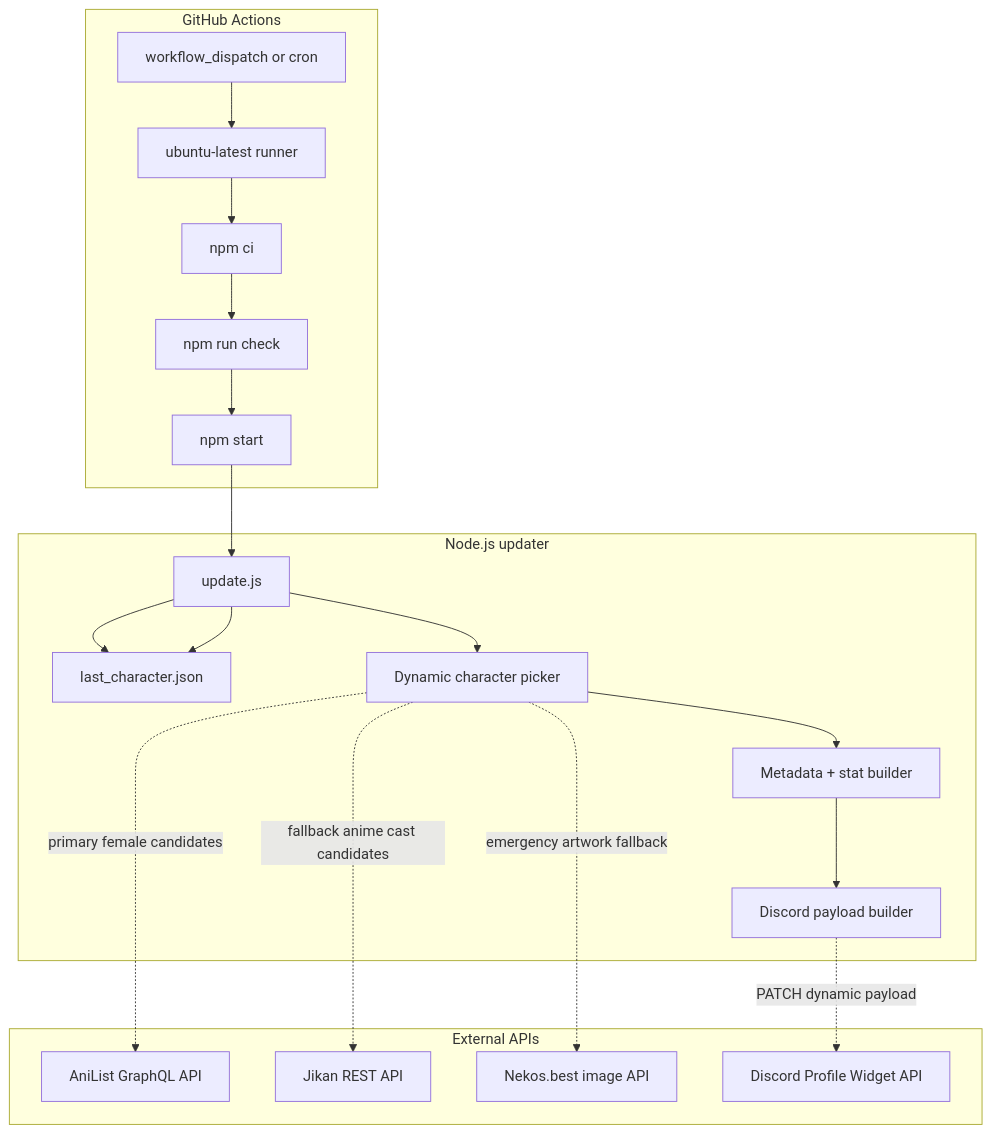
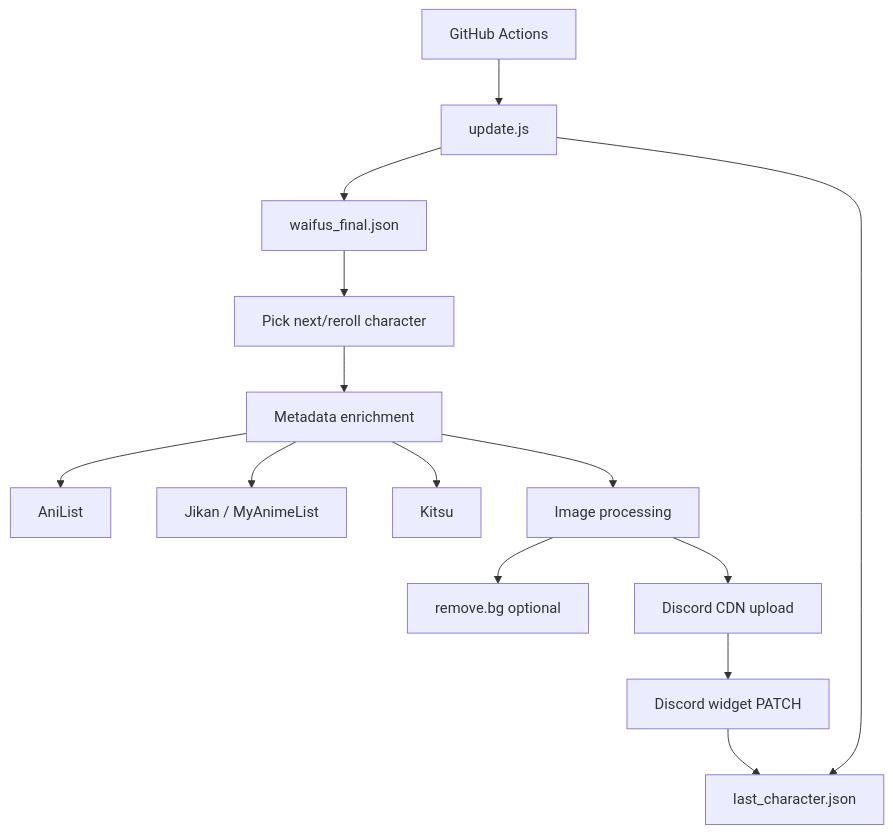
Before and after one commit to MeYashverma/discord-waifu-widget: the diagram in docs/ARCHITECTURE.md, drawn with Mermaid. The commit also changed other lines of this file, not shown here.

First line of the commit message:
Update architecture documentation for hybrid design

````diff
--- a/docs/ARCHITECTURE.md
+++ b/docs/ARCHITECTURE.md
@@ -9,36 +5,16 @@
 ```mermaid
 flowchart TB
-    subgraph GitHub[GitHub Actions]
-        TRIGGER[workflow_dispatch or cron]
-        RUNNER[ubuntu-latest runner]
-        INSTALL[npm ci]
-        CHECK[npm run check]
-        START[npm start]
-    end
-
-    subgraph App[Node.js updater]
-        SCRIPT[update.js]
-        MEMORY[last_character.json]
-        PICK[Dynamic character picker]
-        META[Metadata + stat builder]
-        PAYLOAD[Discord payload builder]
-    end
-
-    subgraph APIs[External APIs]
-        ANILIST[AniList GraphQL API]
-        JIKAN[Jikan REST API]
-        NEKOS[Nekos.best image API]
-        DISCORD[Discord Profile Widget API]
-    end
-
-    TRIGGER --> RUNNER --> INSTALL --> CHECK --> START
-    START --> SCRIPT
-    SCRIPT --> MEMORY
-    SCRIPT --> PICK
-    PICK -. primary female candidates .-> ANILIST
-    PICK -. fallback anime cast candidates .-> JIKAN
-    PICK -. emergency artwork fallback .-> NEKOS
-    PICK --> META --> PAYLOAD
-    PAYLOAD -. PATCH dynamic payload .-> DISCORD
-    SCRIPT --> MEMORY
+    GHA[GitHub Actions] --> APP[update.js]
+    APP --> DB[waifus_final.json]
+    APP --> MEM[last_character.json]
+    DB --> PICK[Pick next/reroll character]
+    PICK --> ENRICH[Metadata enrichment]
+    ENRICH --> ANILIST[AniList]
+    ENRICH --> JIKAN[Jikan / MyAnimeList]
+    ENRICH --> KITSU[Kitsu]
+    ENRICH --> IMG[Image processing]
+    IMG --> REMBG[remove.bg optional]
+    IMG --> CDN[Discord CDN upload]
+    CDN --> PATCH[Discord widget PATCH]
+    PATCH --> MEM
 ```
````
